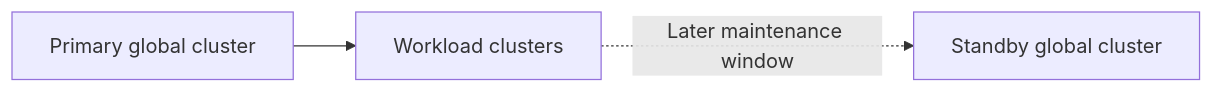
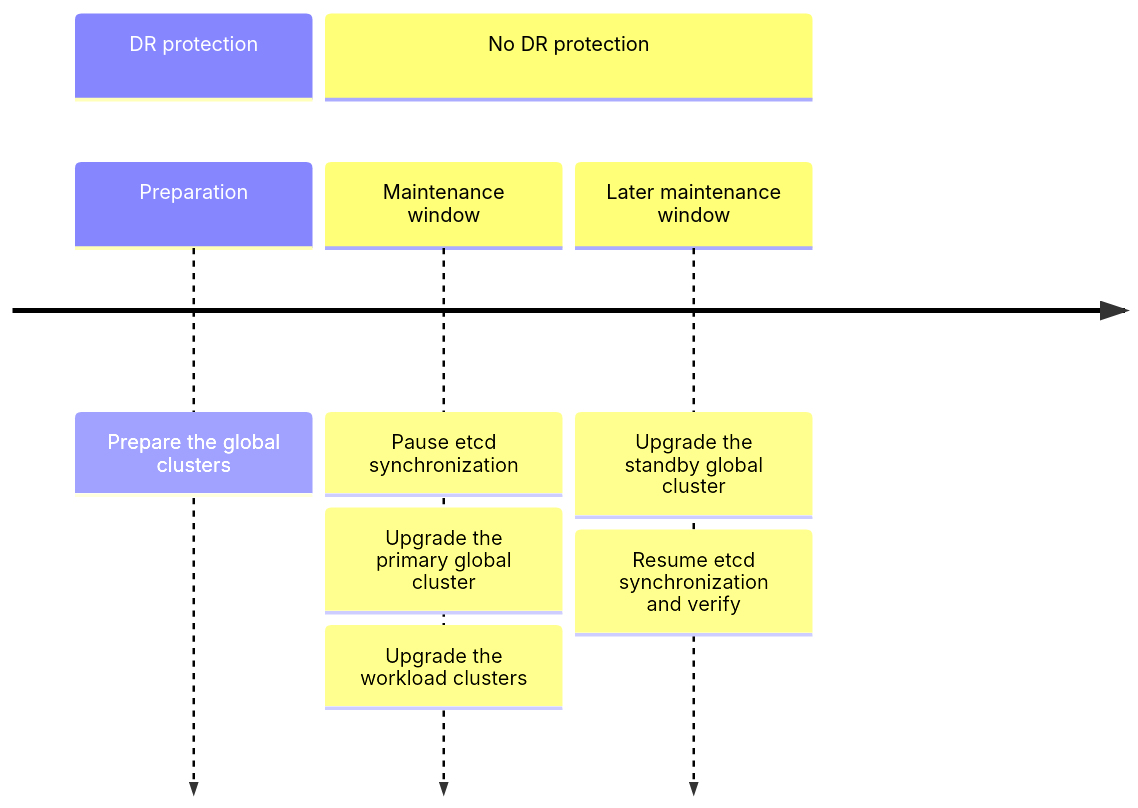
One commit to alauda/acp-docs changed the diagram in docs/en/upgrade/global/upgrade_global_dr_deferred_standby.mdx. Above: the diagram before and after it, drawn with Mermaid.

Commit message:
docs(upgrade): show the deferred standby upgrade as a timeline

````diff
--- a/docs/en/upgrade/global/upgrade_global_dr_deferred_standby.mdx
+++ b/docs/en/upgrade/global/upgrade_global_dr_deferred_standby.mdx
@@ -9,5 +9,8 @@
 ```mermaid
-flowchart LR
-    primary[Primary global cluster] --> workload[Workload clusters]
-    workload -.->|Later maintenance window| standby[Standby global cluster]
+timeline
+    section DR protection
+        Preparation : Prepare the global clusters
+    section No DR protection
+        Maintenance window : Pause etcd synchronization : Upgrade the primary global cluster : Upgrade the workload clusters
+        Later maintenance window : Upgrade the standby global cluster : Resume etcd synchronization and verify
 ```
````
